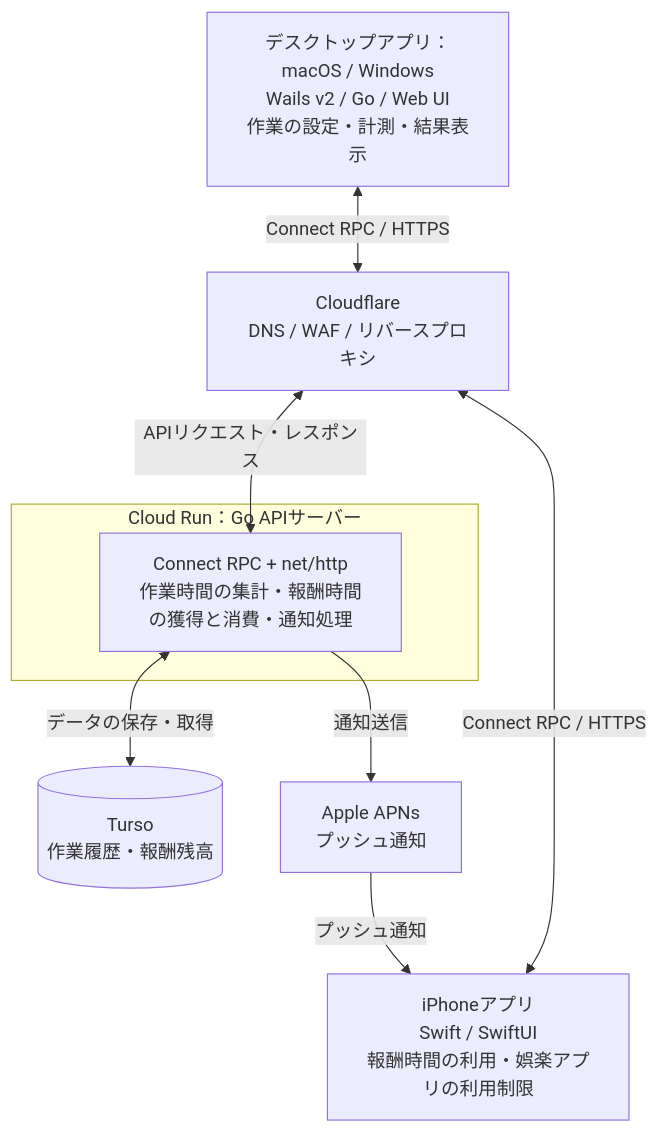
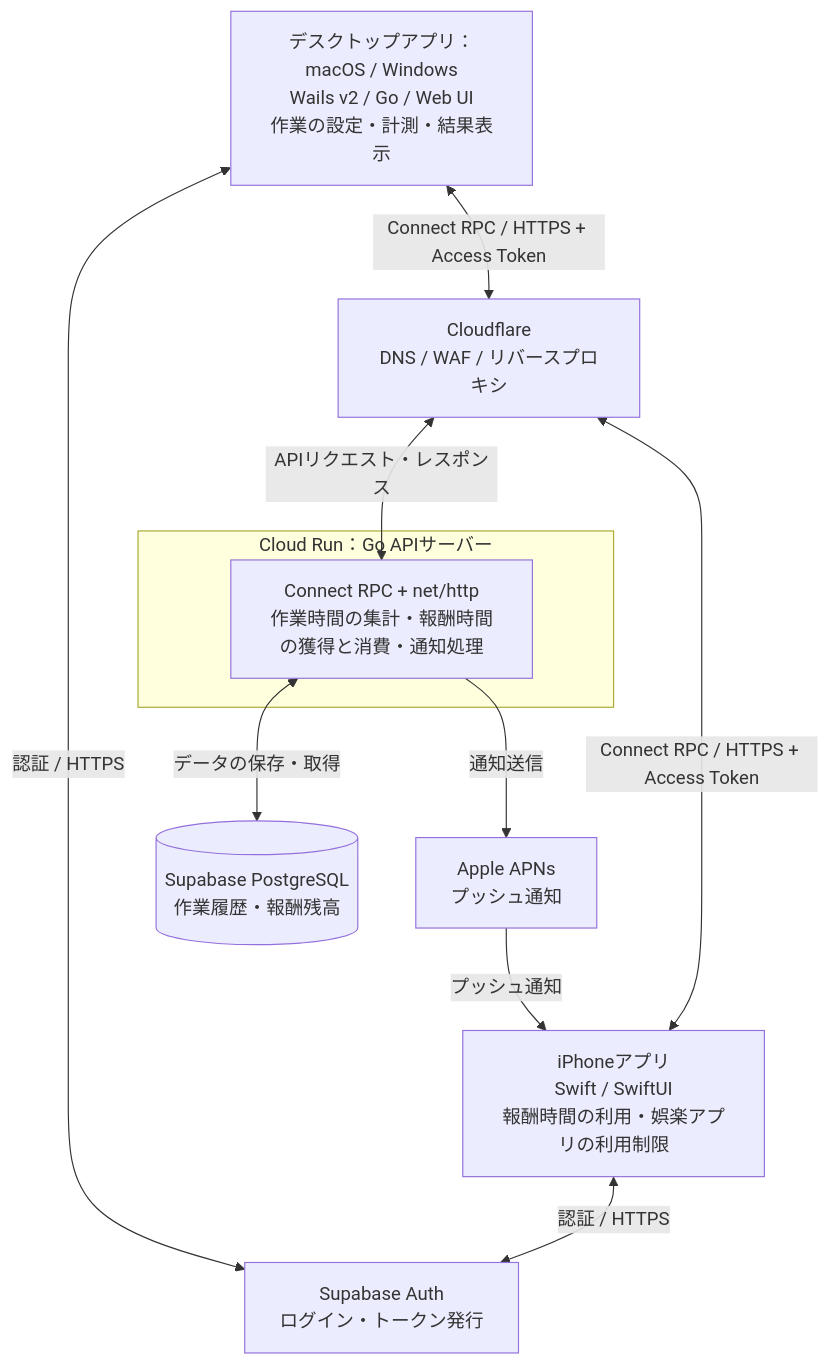
Before and after one commit to jphacks/tkb_2622: the diagram in docs/spec/5.プロダクト全体像.md, drawn with Mermaid. The commit also changed other lines of this file and 9 other files, not shown here.

````diff
--- a/docs/spec/5.プロダクト全体像.md
+++ b/docs/spec/5.プロダクト全体像.md
@@ -13,20 +13,23 @@
 ```mermaid
 flowchart TB
     desktop["デスクトップアプリ：macOS / Windows<br/>Wails v2 / Go / Web UI<br/>作業の設定・計測・結果表示"]
     iphone["iPhoneアプリ<br/>Swift / SwiftUI<br/>報酬時間の利用・娯楽アプリの利用制限"]
     cloudflare["Cloudflare<br/>DNS / WAF / リバースプロキシ"]
 
     subgraph backend["Cloud Run：Go APIサーバー"]
         api["Connect RPC + net/http<br/>作業時間の集計・報酬時間の獲得と消費・通知処理"]
     end
 
-    db[("Turso<br/>作業履歴・報酬残高")]
+    auth["Supabase Auth<br/>ログイン・トークン発行"]
+    db[("Supabase PostgreSQL<br/>作業履歴・報酬残高")]
     apns["Apple APNs<br/>プッシュ通知"]
 
-    desktop <-->|"Connect RPC / HTTPS"| cloudflare
-    iphone <-->|"Connect RPC / HTTPS"| cloudflare
+    desktop <-->|"認証 / HTTPS"| auth
+    iphone <-->|"認証 / HTTPS"| auth
+    desktop <-->|"Connect RPC / HTTPS + Access Token"| cloudflare
+    iphone <-->|"Connect RPC / HTTPS + Access Token"| cloudflare
     cloudflare <-->|"APIリクエスト・レスポンス"| api
     api <-->|"データの保存・取得"| db
     api -->|"通知送信"| apns
     apns -->|"プッシュ通知"| iphone
 ```
````
